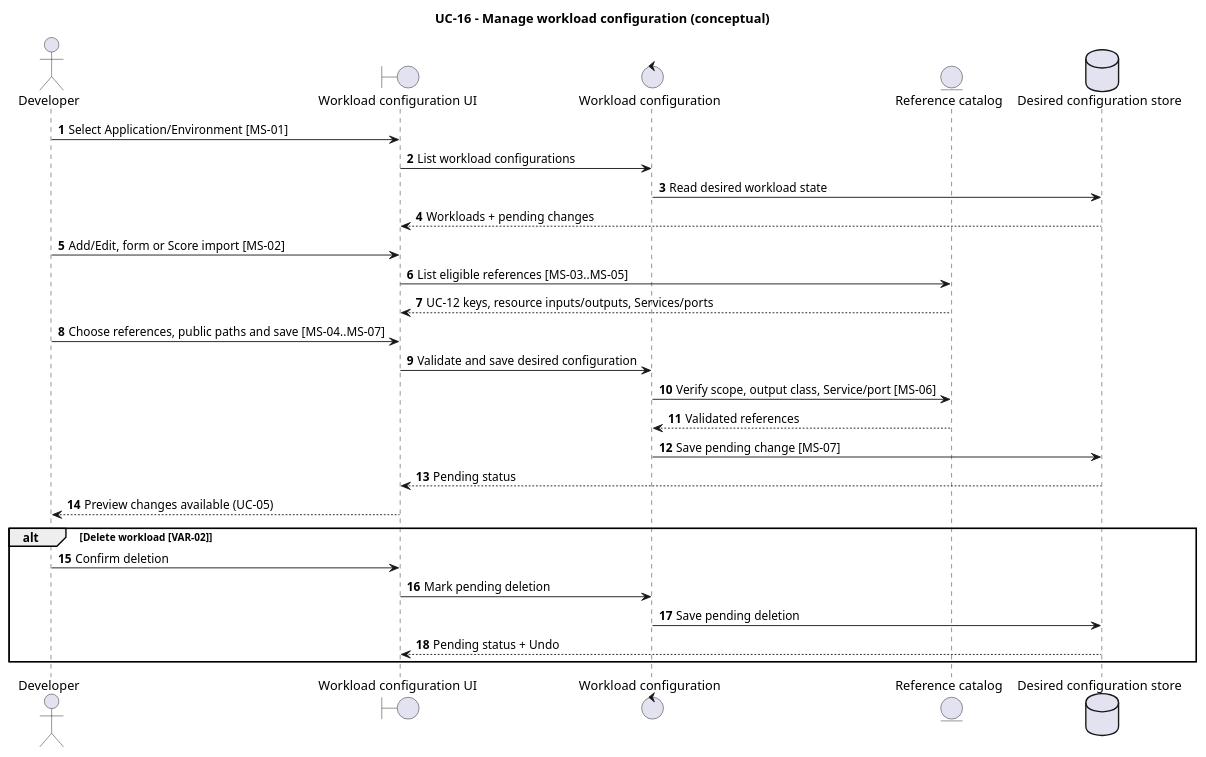
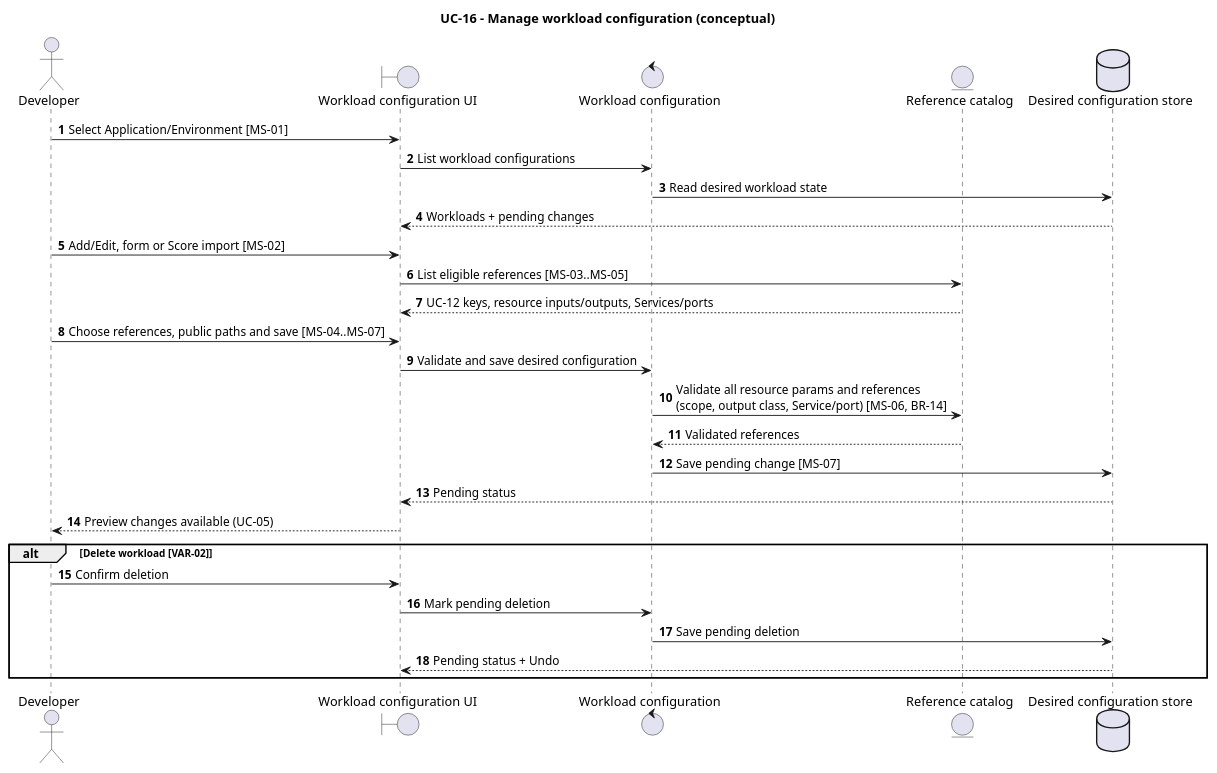
Before and after one commit to pr3s3nt/poc: the diagram in orchestrator_docs/usecase/UC-16/sequence.puml, drawn with PlantUML. The commit also changed 43 other files, not shown here.

```diff
--- a/orchestrator_docs/usecase/UC-16/sequence.puml
+++ b/orchestrator_docs/usecase/UC-16/sequence.puml
@@ -1,31 +1,31 @@
 @startuml
 title UC-16 - Manage workload configuration (conceptual)
 autonumber
 actor Developer as Dev
 boundary "Workload configuration UI" as UI
 control "Workload configuration" as Config
 entity "Reference catalog" as Catalog
 database "Desired configuration store" as Store
 
 Dev -> UI: Select Application/Environment [MS-01]
 UI -> Config: List workload configurations
 Config -> Store: Read desired workload state
 Store --> UI: Workloads + pending changes
 Dev -> UI: Add/Edit, form or Score import [MS-02]
 UI -> Catalog: List eligible references [MS-03..MS-05]
 Catalog --> UI: UC-12 keys, resource inputs/outputs, Services/ports
 Dev -> UI: Choose references, public paths and save [MS-04..MS-07]
 UI -> Config: Validate and save desired configuration
-Config -> Catalog: Verify scope, output class, Service/port [MS-06]
+Config -> Catalog: Validate all resource params and references\n(scope, output class, Service/port) [MS-06, BR-14]
 Catalog --> Config: Validated references
 Config -> Store: Save pending change [MS-07]
 Store --> UI: Pending status
 UI --> Dev: Preview changes available (UC-05)
 
 alt Delete workload [VAR-02]
   Dev -> UI: Confirm deletion
   UI -> Config: Mark pending deletion
   Config -> Store: Save pending deletion
   Store --> UI: Pending status + Undo
 end
 @enduml
```
